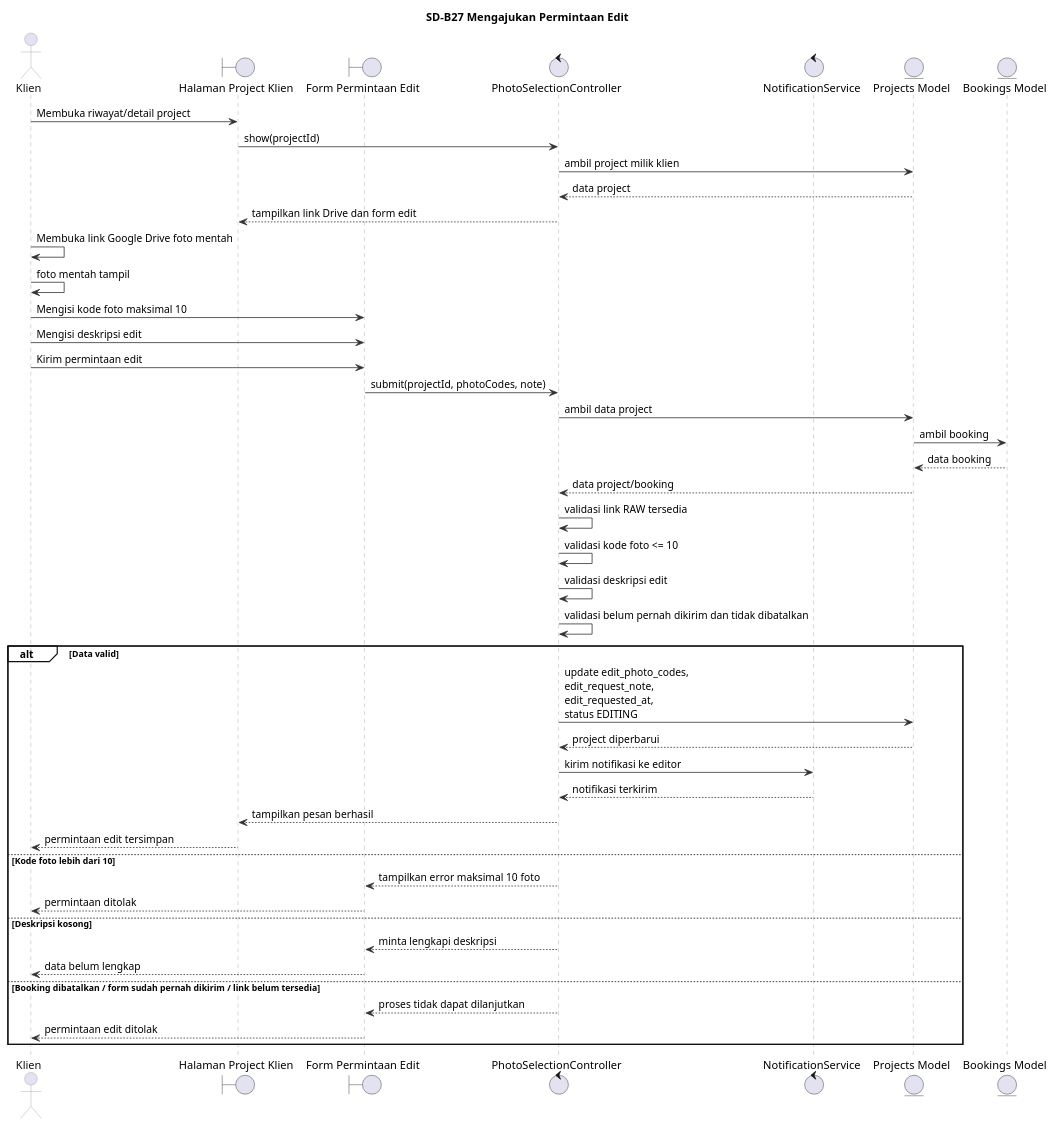
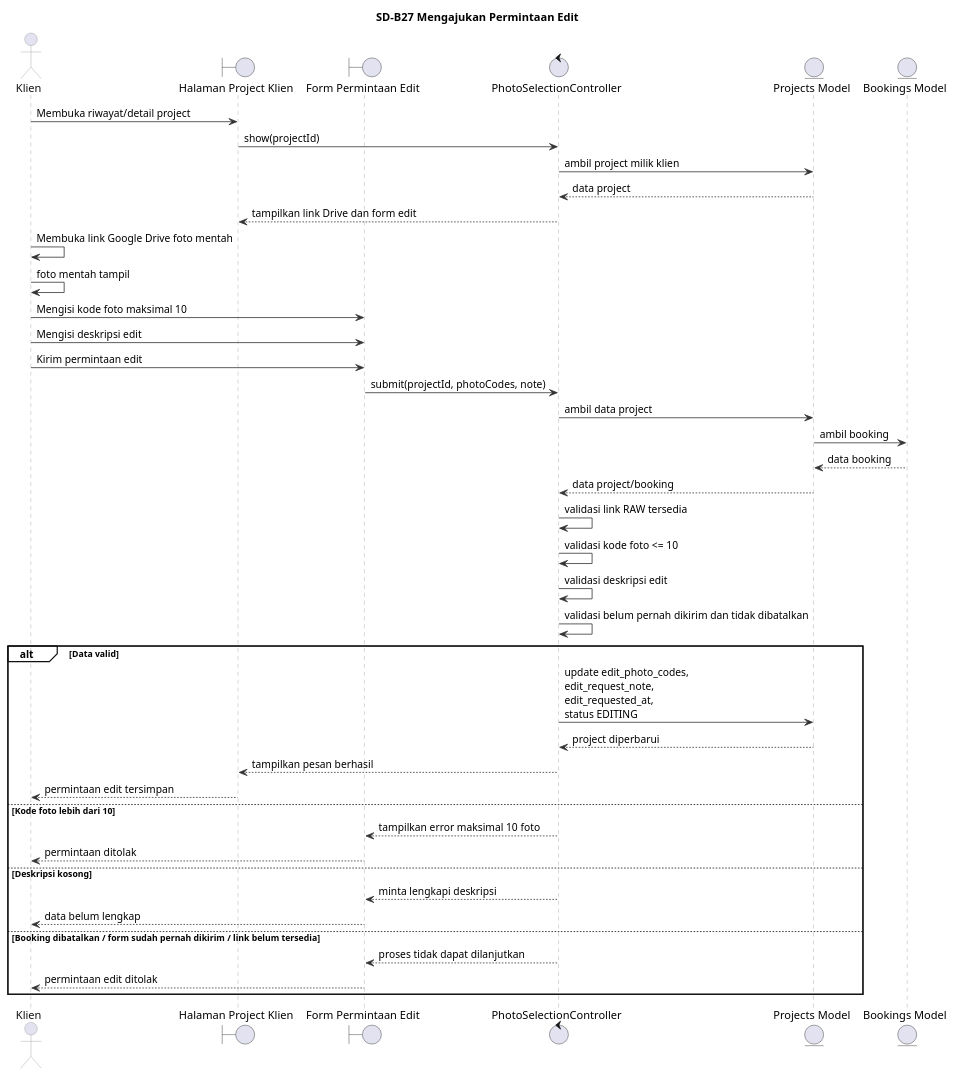
The diagram in diagrams/sequence/SD-B27.puml (Fajrinputra/alterstudio-ta), drawn with PlantUML before and after one commit. The commit also changed 74 other files, not shown here.

```diff
--- a/diagrams/sequence/SD-B27.puml
+++ b/diagrams/sequence/SD-B27.puml
@@ -1,67 +1,64 @@
 @startuml
 title SD-B27 Mengajukan Permintaan Edit
 
 skinparam backgroundColor white
 skinparam shadowing false
 skinparam BoxPadding 4
 skinparam sequence {
     ArrowColor #333333
     LifeLineBorderColor #999999
     LifeLineBackgroundColor white
     ParticipantBorderColor #999999
     ParticipantBackgroundColor #ECEEF8
     ParticipantFontColor #111111
     ActorBorderColor #999999
     ActorFontColor #111111
     GroupBorderColor #111111
     GroupBackgroundColor transparent
 }
 
 actor "Klien" as Klien
 boundary "Halaman Project Klien" as HalamanProject
 boundary "Form Permintaan Edit" as FormEdit
 control "PhotoSelectionController" as PhotoSelectionController
-control "NotificationService" as NotificationService
 entity "Projects Model" as Project
 entity "Bookings Model" as Booking
 
 Klien -> HalamanProject : Membuka riwayat/detail project
 HalamanProject -> PhotoSelectionController : show(projectId)
 PhotoSelectionController -> Project : ambil project milik klien
 Project --> PhotoSelectionController : data project
 PhotoSelectionController --> HalamanProject : tampilkan link Drive dan form edit
 
 Klien -> Klien : Membuka link Google Drive foto mentah
 Klien -> Klien : foto mentah tampil
 Klien -> FormEdit : Mengisi kode foto maksimal 10
 Klien -> FormEdit : Mengisi deskripsi edit
 Klien -> FormEdit : Kirim permintaan edit
 FormEdit -> PhotoSelectionController : submit(projectId, photoCodes, note)
 PhotoSelectionController -> Project : ambil data project
 Project -> Booking : ambil booking
 Booking --> Project : data booking
 Project --> PhotoSelectionController : data project/booking
 PhotoSelectionController -> PhotoSelectionController : validasi link RAW tersedia
 PhotoSelectionController -> PhotoSelectionController : validasi kode foto <= 10
 PhotoSelectionController -> PhotoSelectionController : validasi deskripsi edit
 PhotoSelectionController -> PhotoSelectionController : validasi belum pernah dikirim dan tidak dibatalkan
 
 alt Data valid
     PhotoSelectionController -> Project : update edit_photo_codes,\nedit_request_note,\nedit_requested_at,\nstatus EDITING
     Project --> PhotoSelectionController : project diperbarui
-    PhotoSelectionController -> NotificationService : kirim notifikasi ke editor
-    NotificationService --> PhotoSelectionController : notifikasi terkirim
     PhotoSelectionController --> HalamanProject : tampilkan pesan berhasil
     HalamanProject --> Klien : permintaan edit tersimpan
 else Kode foto lebih dari 10
     PhotoSelectionController --> FormEdit : tampilkan error maksimal 10 foto
     FormEdit --> Klien : permintaan ditolak
 else Deskripsi kosong
     PhotoSelectionController --> FormEdit : minta lengkapi deskripsi
     FormEdit --> Klien : data belum lengkap
 else Booking dibatalkan / form sudah pernah dikirim / link belum tersedia
     PhotoSelectionController --> FormEdit : proses tidak dapat dilanjutkan
     FormEdit --> Klien : permintaan edit ditolak
 end
 
 @enduml
```
